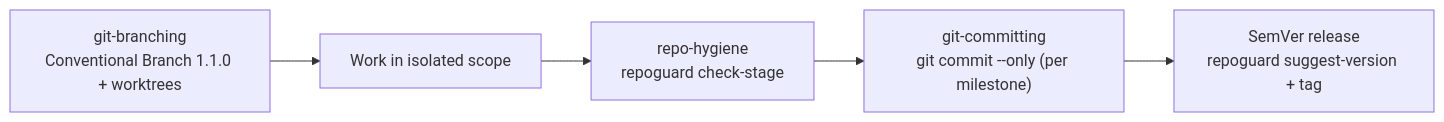
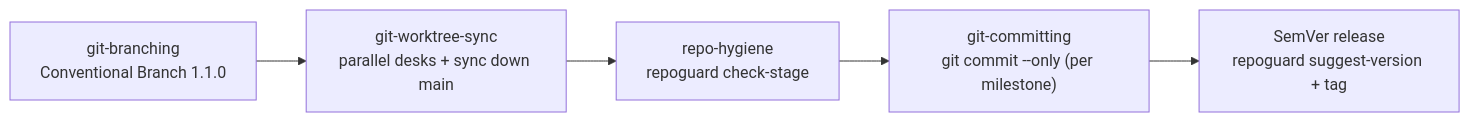
Before and after one commit to SuperFCR/falcary-skills: the diagram in proj-standards/README.md, drawn with Mermaid. The commit also changed other lines of this file and 11 other files, not shown here.

Commit message:
feat(proj-standards): add lightweight git-worktree-sync skill and worktree-status CLI (v1.1.0)

````diff
--- a/proj-standards/README.md
+++ b/proj-standards/README.md
@@ -13,7 +13,7 @@
 ```mermaid
 flowchart LR
-    B["git-branching<br/>Conventional Branch 1.1.0 + worktrees"] --> S["Work in isolated scope"]
-    S --> H["repo-hygiene<br/>repoguard check-stage"]
+    B["git-branching<br/>Conventional Branch 1.1.0"] --> W["git-worktree-sync<br/>parallel desks + sync down main"]
+    W --> H["repo-hygiene<br/>repoguard check-stage"]
     H --> C["git-committing<br/>git commit --only (per milestone)"]
     C --> R["SemVer release<br/>repoguard suggest-version + tag"]
 ```
````
